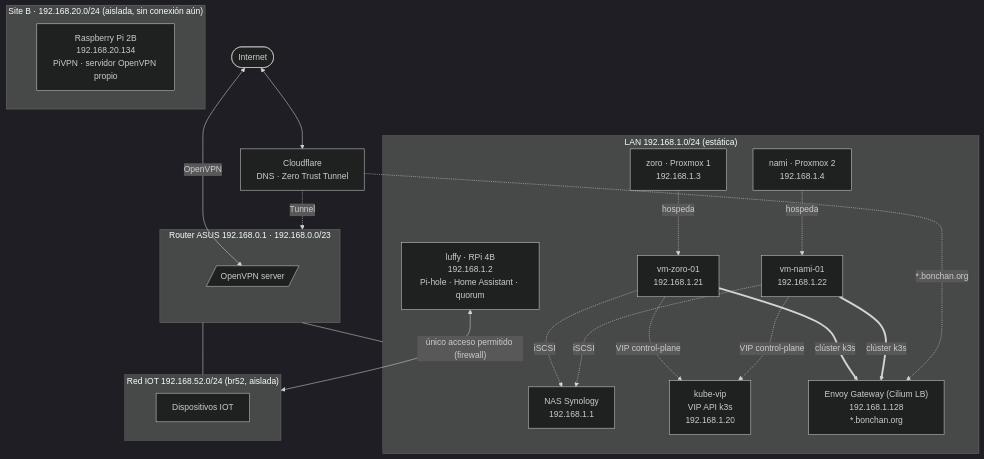
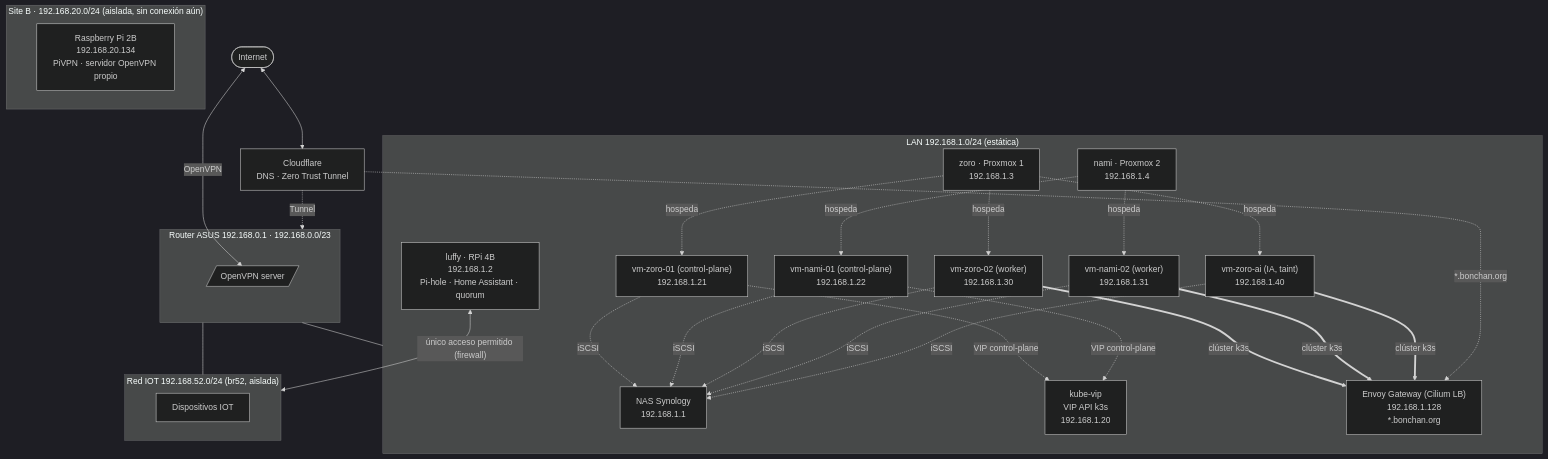
One commit to Jasviers/homelab changed the first of 2 diagrams in README.md. Above: the diagram before and after it, drawn with Mermaid (dark theme). The commit also changed other lines of this file and 13 other files, not shown here.

Commit message:
feat: change vm architecture to have 2 vms to control plane, 2 workers and 1 worker for AI

````diff
--- a/README.md
+++ b/README.md
@@ -114,42 +121,48 @@
 ```mermaid
 flowchart TB
     internet([Internet])
     cf[Cloudflare<br/>DNS · Zero Trust Tunnel]
     internet <--> cf
 
     subgraph asus["Router ASUS 192.168.0.1 · 192.168.0.0/23"]
         vpn[/OpenVPN server/]
     end
     internet <-->|OpenVPN| vpn
     cf -.->|Tunnel| asus
 
     subgraph lan["LAN 192.168.1.0/24 (estática)"]
         nas["NAS Synology<br/>192.168.1.1"]
         luffy["luffy · RPi 4B<br/>192.168.1.2<br/>Pi-hole · Home Assistant · quorum"]
         zoro["zoro · Proxmox 1<br/>192.168.1.3"]
         nami["nami · Proxmox 2<br/>192.168.1.4"]
-        vm1["vm-zoro-01<br/>192.168.1.21"]
-        vm2["vm-nami-01<br/>192.168.1.22"]
+        vm1["vm-zoro-01 (control-plane)<br/>192.168.1.21"]
+        vm2["vm-nami-01 (control-plane)<br/>192.168.1.22"]
+        vm3["vm-zoro-02 (worker)<br/>192.168.1.30"]
+        vm4["vm-nami-02 (worker)<br/>192.168.1.31"]
+        vm5["vm-zoro-ai (IA, taint)<br/>192.168.1.40"]
         kvip["kube-vip<br/>VIP API k3s<br/>192.168.1.20"]
         gw["Envoy Gateway (Cilium LB)<br/>192.168.1.128<br/>*.bonchan.org"]
     end
 
     asus --- lan
     zoro -.->|hospeda| vm1
+    zoro -.->|hospeda| vm3
+    zoro -.->|hospeda| vm5
     nami -.->|hospeda| vm2
-    vm1 & vm2 ==>|clúster k3s| gw
+    nami -.->|hospeda| vm4
+    vm3 & vm4 & vm5 ==>|clúster k3s| gw
     vm1 & vm2 -.->|VIP control-plane| kvip
-    vm1 & vm2 -.->|iSCSI| nas
+    vm1 & vm2 & vm3 & vm4 & vm5 -.->|iSCSI| nas
 
     subgraph iot["Red IOT 192.168.52.0/24 (br52, aislada)"]
         dispositivos["Dispositivos IOT"]
     end
     asus --- iot
     luffy <-->|"único acceso permitido (firewall)"| iot
 
     cf -.->|*.bonchan.org| gw
 
     subgraph siteb["Site B · 192.168.20.0/24 (aislada, sin conexión aún)"]
         pivpn["Raspberry Pi 2B<br/>192.168.20.134<br/>PiVPN · servidor OpenVPN propio"]
     end
 ```
````
